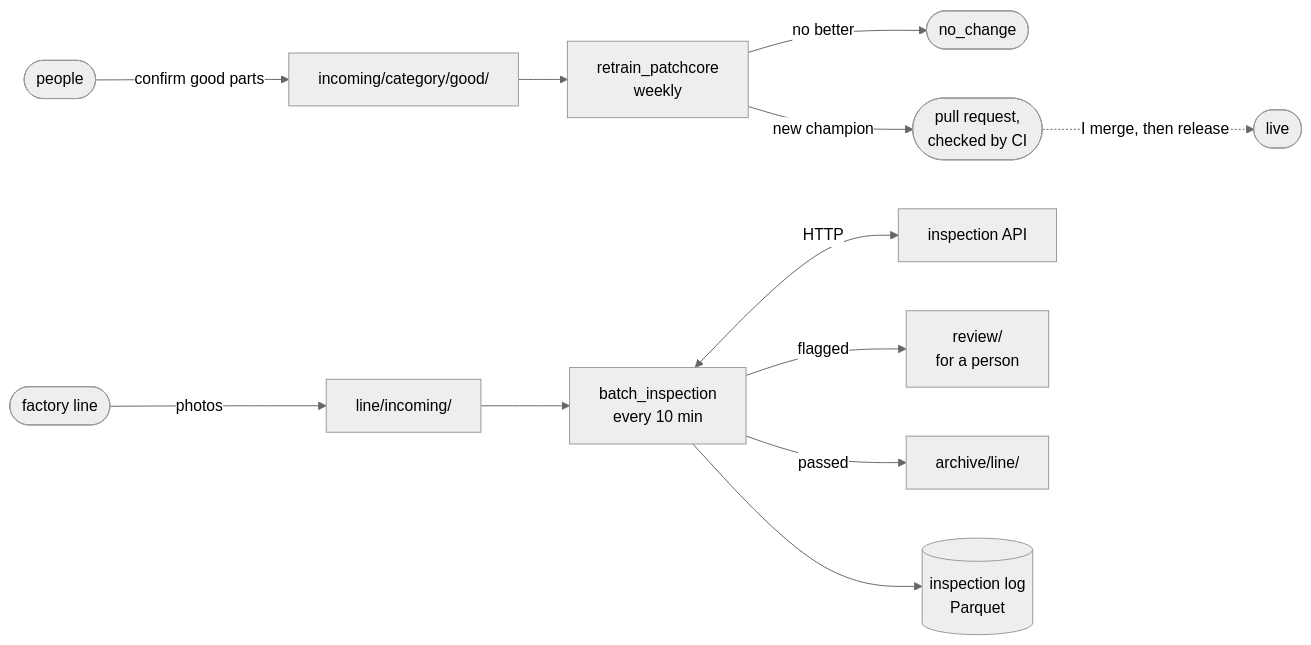
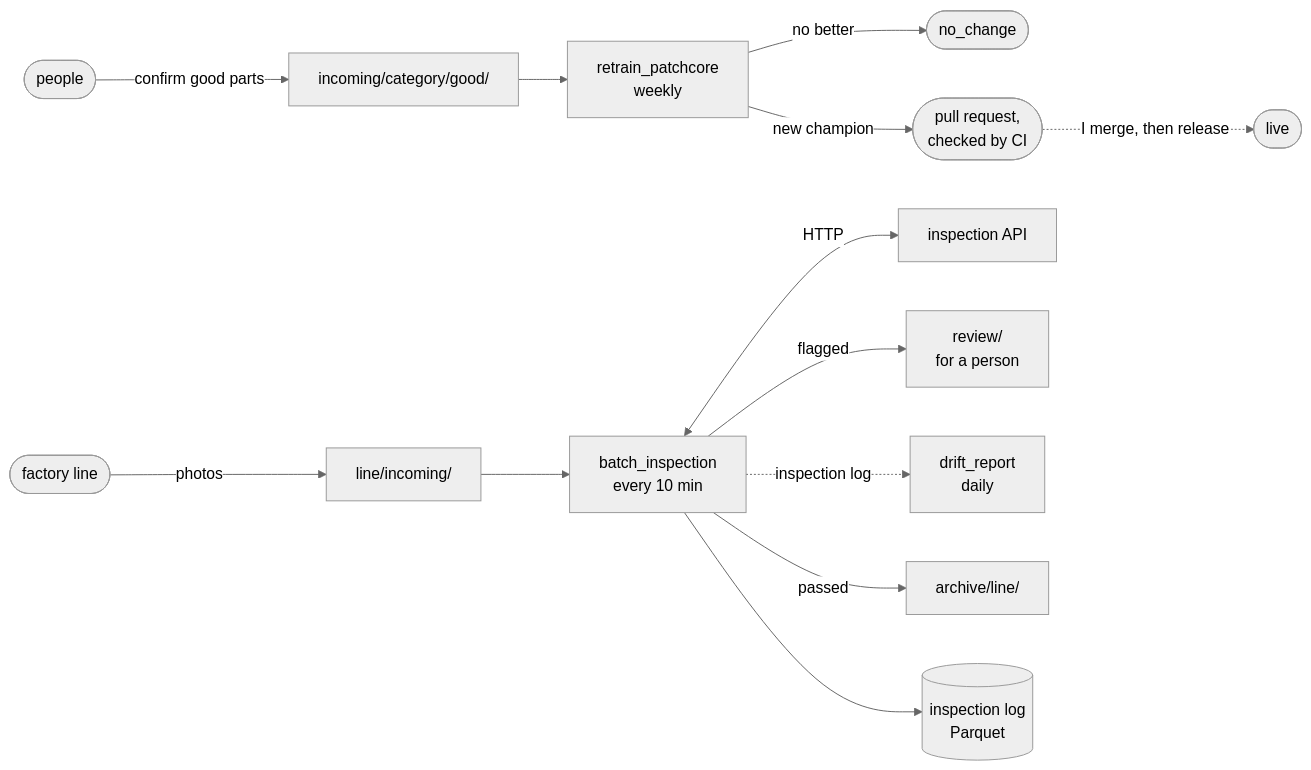
The second of 3 diagrams in README.md (you-ssef-dan/anomaly-inspector), drawn with Mermaid (neutral theme) before and after one commit. The commit also changed other lines of this file and 9 other files, not shown here.

First line of the commit message:
feat(monitoring): daily drift check, lighting test, and the README's Monitoring section (#57)

````diff
--- a/README.md
+++ b/README.md
@@ -725,14 +727,15 @@
 ```mermaid
 flowchart LR
   people([people]) -->|confirm good parts| inc["incoming/category/good/"]
   inc --> rt["retrain_patchcore<br/>weekly"]
   rt -->|no better| none(["no_change"])
   rt -->|new champion| pr(["pull request,<br/>checked by CI"])
   pr -.->|I merge, then release| live(["live"])
   line([factory line]) -->|photos| li["line/incoming/"]
   li --> bi["batch_inspection<br/>every 10 min"]
   bi <-->|HTTP| api["inspection API"]
   bi -->|flagged| review["review/<br/>for a person"]
+  bi -.->|inspection log| dr["drift_report<br/>daily"]
   bi -->|passed| arch["archive/line/"]
   bi --> log[("inspection log<br/>Parquet")]
 ```
````
